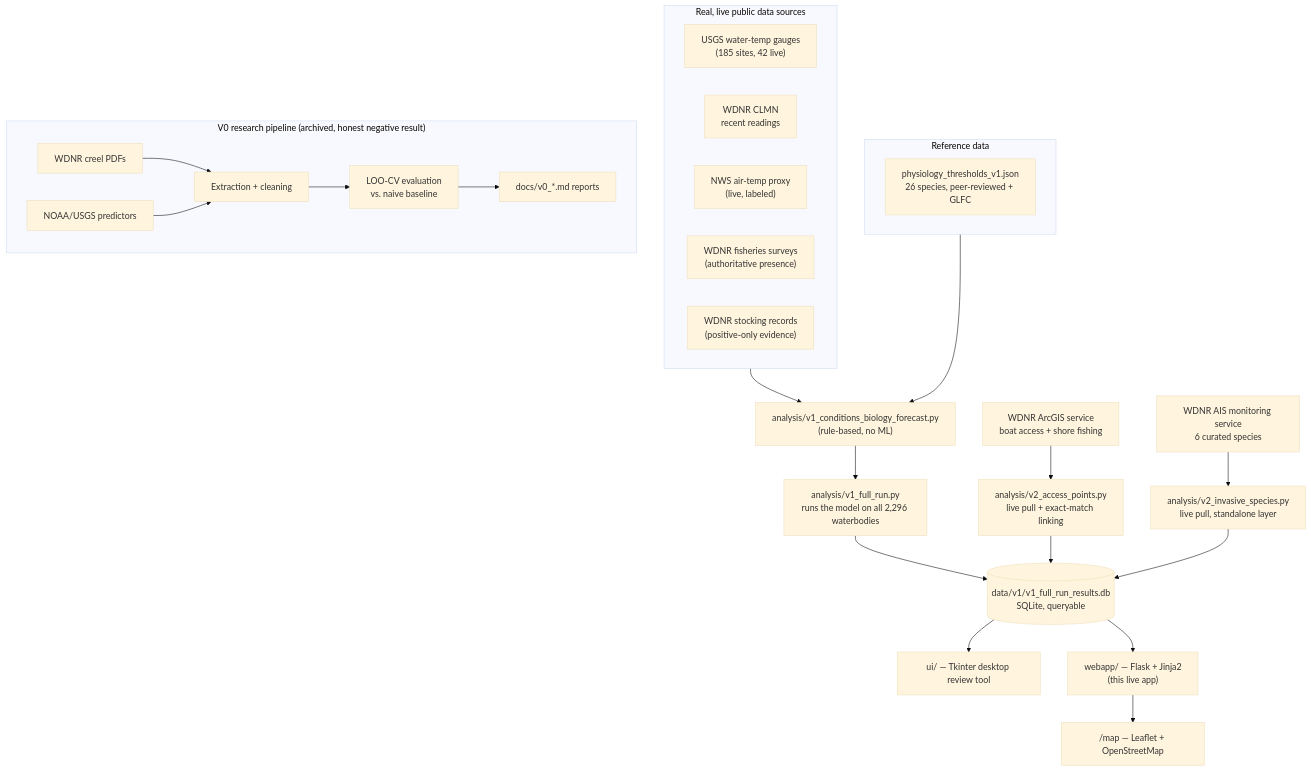
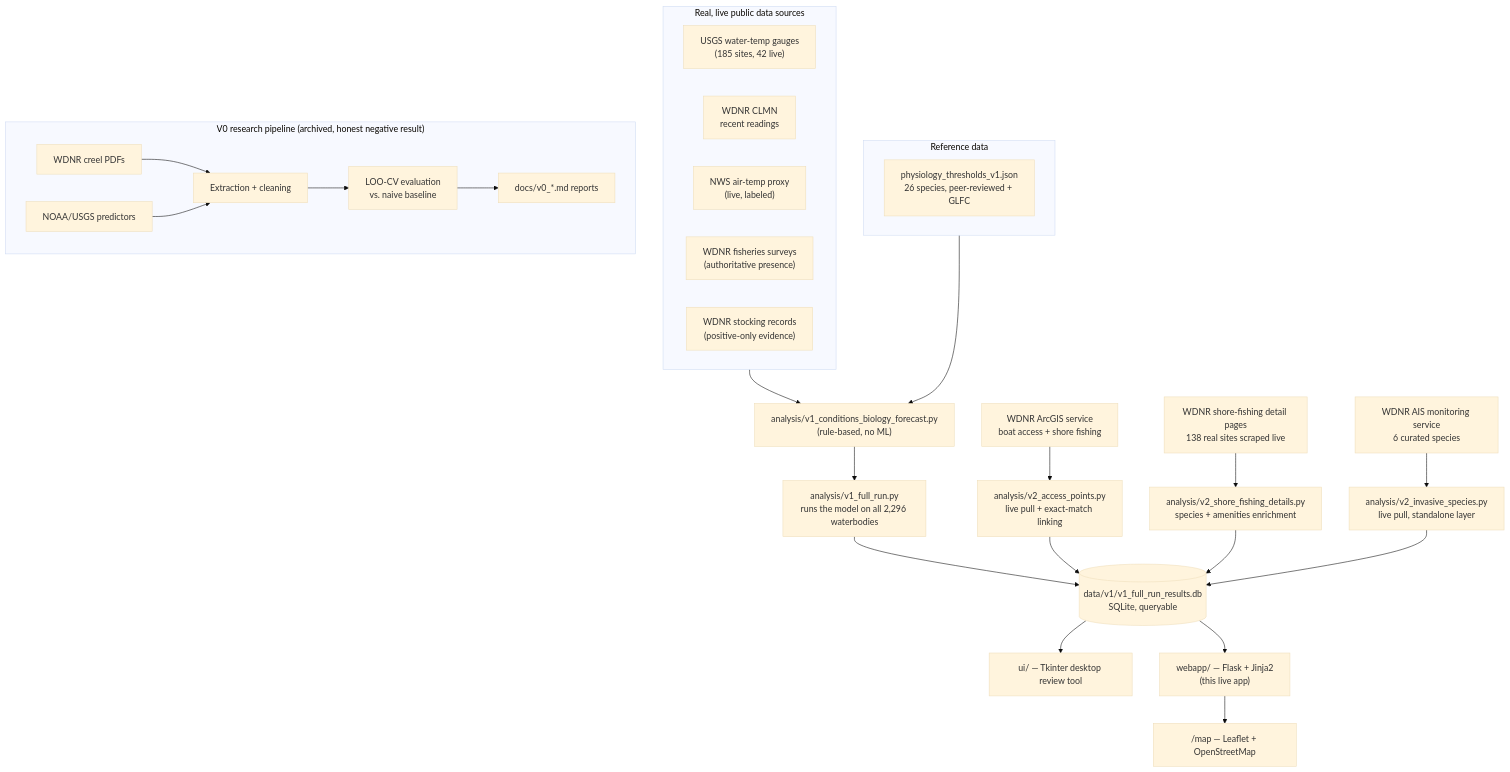
One commit to jsopa1/fishin changed the diagram in README.md. Above: the diagram before and after it, drawn with Mermaid (base theme). The commit also changed other lines of this file and 12 other files, not shown here.

````diff
--- a/README.md
+++ b/README.md
@@ -106,32 +109,34 @@
 ```mermaid
 flowchart TD
     subgraph Sources["Real, live public data sources"]
         USGS["USGS water-temp gauges\n(185 sites, 42 live)"]
         CLMN["WDNR CLMN\nrecent readings"]
         NWS["NWS air-temp proxy\n(live, labeled)"]
         WDNR_S["WDNR fisheries surveys\n(authoritative presence)"]
         WDNR_K["WDNR stocking records\n(positive-only evidence)"]
     end
     subgraph Ref["Reference data"]
         PHYS["physiology_thresholds_v1.json\n26 species, peer-reviewed + GLFC"]
     end
 
     Sources --> Model["analysis/v1_conditions_biology_forecast.py\n(rule-based, no ML)"]
     Ref --> Model
     Model --> FullRun["analysis/v1_full_run.py\nruns the model on all 2,296 waterbodies"]
     FullRun --> DB[("data/v1/v1_full_run_results.db\nSQLite, queryable")]
     WDNR_GIS["WDNR ArcGIS service\nboat access + shore fishing"] --> V2Script["analysis/v2_access_points.py\nlive pull + exact-match linking"]
     V2Script --> DB
+    WDNR_SF["WDNR shore-fishing detail pages\n138 real sites scraped live"] --> V2SF["analysis/v2_shore_fishing_details.py\nspecies + amenities enrichment"]
+    V2SF --> DB
     WDNR_AIS["WDNR AIS monitoring service\n6 curated species"] --> V2AIS["analysis/v2_invasive_species.py\nlive pull, standalone layer"]
     V2AIS --> DB
     DB --> Exe["ui/ — Tkinter desktop review tool"]
     DB --> Web["webapp/ — Flask + Jinja2\n(this live app)"]
     Web --> MapPage["/map — Leaflet + OpenStreetMap"]
 
     subgraph V0["V0 research pipeline (archived, honest negative result)"]
         Creel["WDNR creel PDFs"] --> Extract["Extraction + cleaning"]
         Buoy["NOAA/USGS predictors"] --> Extract
         Extract --> Eval["LOO-CV evaluation\nvs. naive baseline"]
         Eval --> Reports["docs/v0_*.md reports"]
     end
 ```
````
